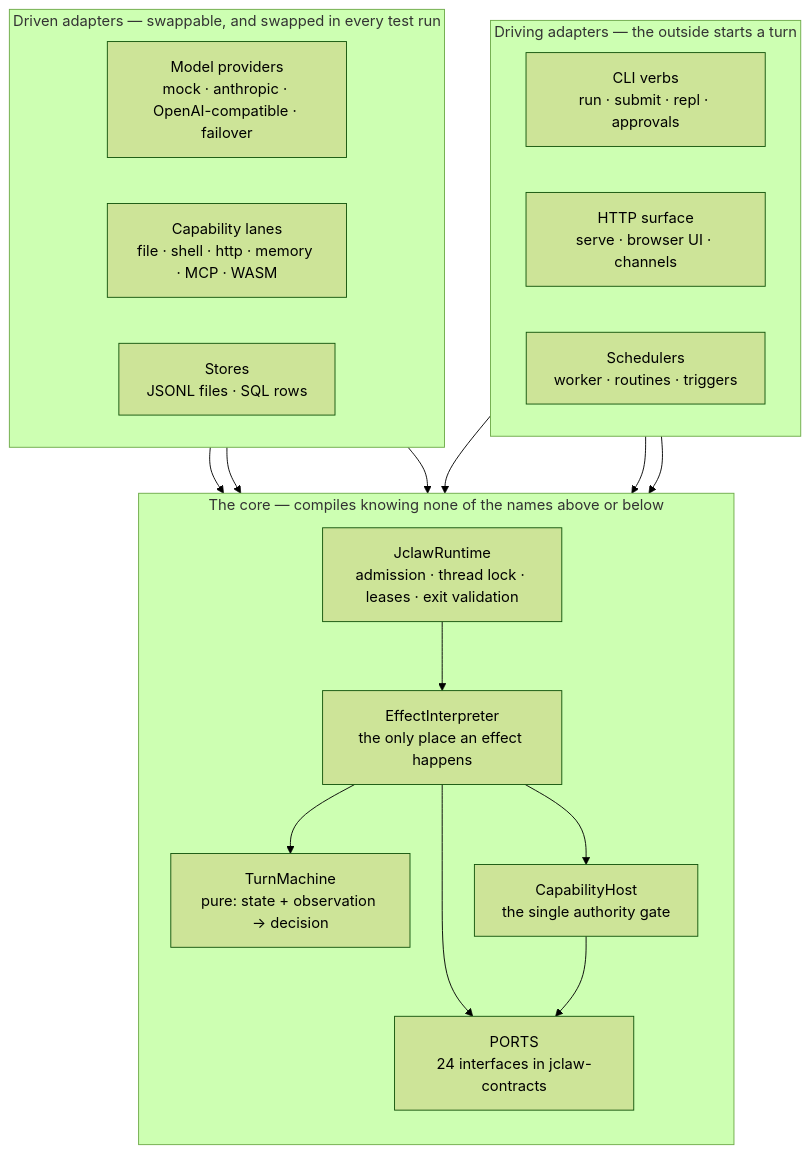
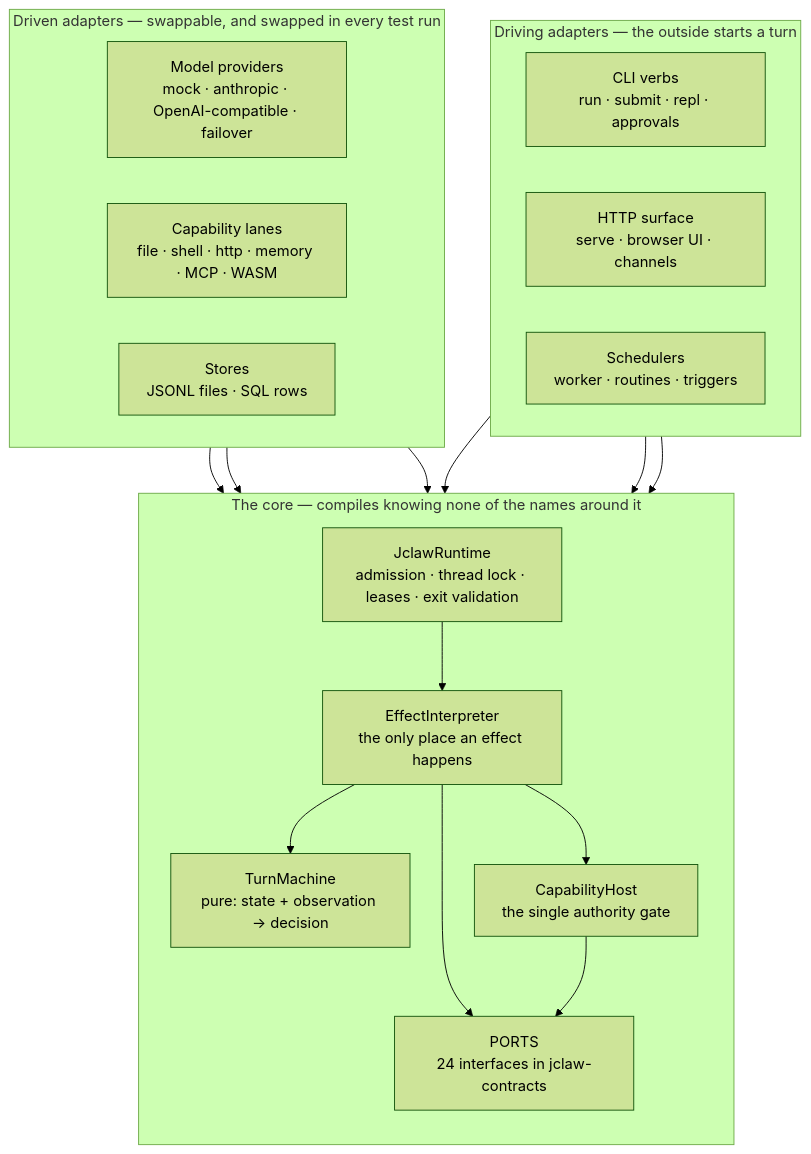
Before and after one commit to dgreco/jclaw: the first of 6 diagrams in ARCH.md, drawn with Mermaid (forest theme). The commit also changed other lines of this file, not shown here.

Commit message:
Match the hexagon diagram's prose to how it actually renders
Rendered all ten mermaid diagrams under mermaid 11 in headless Chrome, which
is the first time any of them has been looked at rather than eyeballed as
source. All ten render. The new hexagon does not lay out the way the text
around it assumed: mermaid places the driven adapters to the right of the core,
not beneath it, because all three point at the PORTS node near the core's
bottom edge.

So "read the bottom row again" pointed at a row that is a column, and the core
subgraph promised it knows none of the names "above or below" when a third of
them are beside. Both now describe the picture a reader sees. The layout itself
is left alone — every arrow still points inward, which is the only property the
diagram is making a claim about.

````diff
--- a/ARCH.md
+++ b/ARCH.md
@@ -119,37 +119,37 @@
 ```mermaid
 flowchart TB
     subgraph DRIVING["Driving adapters — the outside starts a turn"]
         direction LR
         CLI["CLI verbs<br/>run · submit · repl · approvals"]
         HTTP["HTTP surface<br/>serve · browser UI · channels"]
         SCHED["Schedulers<br/>worker · routines · triggers"]
     end
 
-    subgraph INSIDE["The core — compiles knowing none of the names above or below"]
+    subgraph INSIDE["The core — compiles knowing none of the names around it"]
         direction TB
         RT["JclawRuntime<br/>admission · thread lock · leases · exit validation"]
         INTERP["EffectInterpreter<br/>the only place an effect happens"]
         MACHINE["TurnMachine<br/>pure: state + observation → decision"]
         HOST["CapabilityHost<br/>the single authority gate"]
         PORTS["PORTS<br/>24 interfaces in jclaw-contracts"]
     end
 
     subgraph DRIVEN["Driven adapters — swappable, and swapped in every test run"]
         direction LR
         PROV["Model providers<br/>mock · anthropic · OpenAI-compatible · failover"]
         LANES["Capability lanes<br/>file · shell · http · memory · MCP · WASM"]
         STORES["Stores<br/>JSONL files · SQL rows"]
     end
 
     CLI --> RT
     HTTP --> RT
     SCHED --> RT
     RT --> INTERP
     INTERP --> MACHINE
     INTERP --> HOST
     INTERP --> PORTS
     HOST --> PORTS
     PROV --> PORTS
     LANES --> PORTS
     STORES --> PORTS
 ```
````
